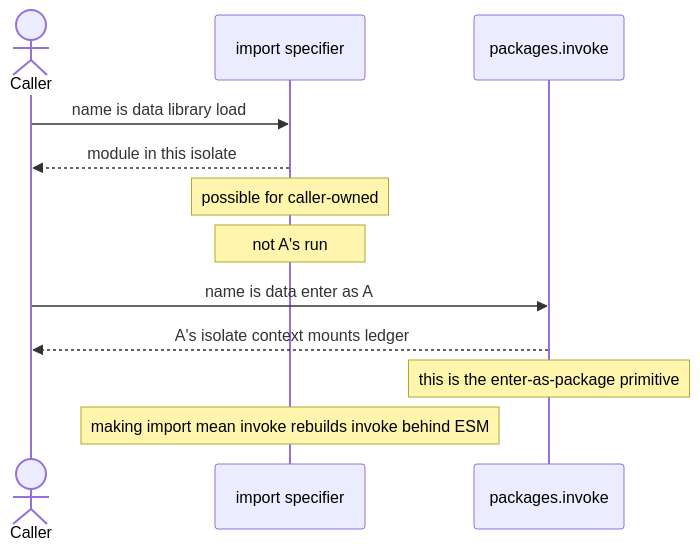
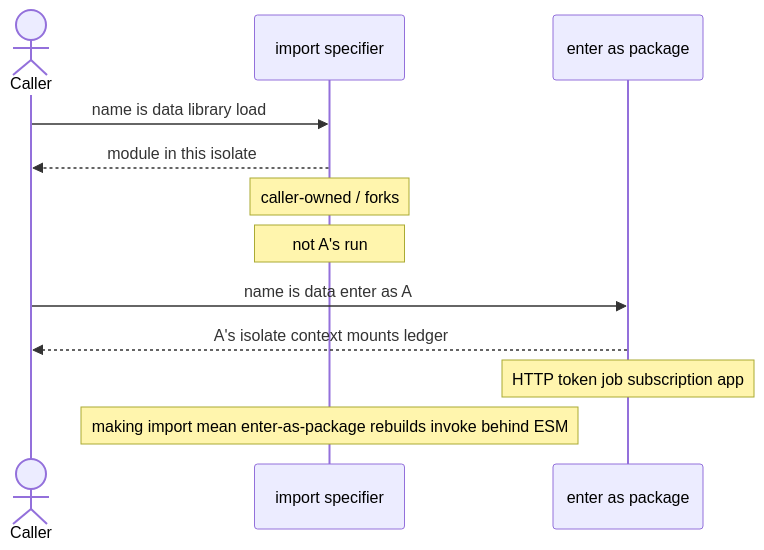
The fifth of 5 diagrams in docs/contributing/package-storage-static-imports.md (kentcdodds/kody), drawn with Mermaid before and after one commit. The commit also changed other lines of this file and 11 other files, not shown here.

First line of the commit message:
Garden docs off author-facing packages.invoke after 0036/0037

````diff
--- a/docs/contributing/package-storage-static-imports.md
+++ b/docs/contributing/package-storage-static-imports.md
@@ -325,14 +185,14 @@
 ```mermaid
 sequenceDiagram
 	actor Caller
 	participant Import as import specifier
-	participant Invoke as packages.invoke
+	participant Enter as enter as package
 	Caller->>Import: name is data library load
 	Import-->>Caller: module in this isolate
-	Note over Import: possible for caller-owned
+	Note over Import: caller-owned / forks
 	Note over Import: not A's run
-	Caller->>Invoke: name is data enter as A
-	Invoke-->>Caller: A's isolate context mounts ledger
-	Note over Invoke: this is the enter-as-package primitive
-	Note over Import: making import mean invoke rebuilds invoke behind ESM
+	Caller->>Enter: name is data enter as A
+	Enter-->>Caller: A's isolate context mounts ledger
+	Note over Enter: HTTP token job subscription app
+	Note over Import: making import mean enter-as-package rebuilds invoke behind ESM
 ```
````
